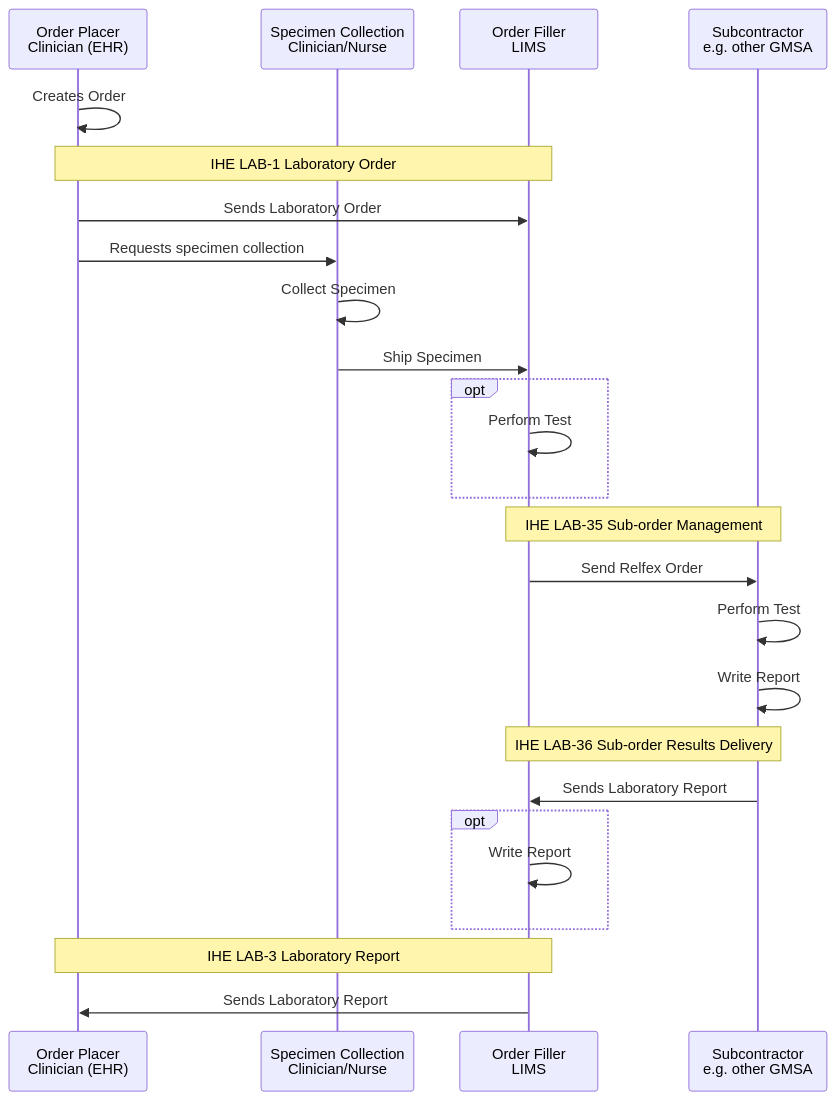
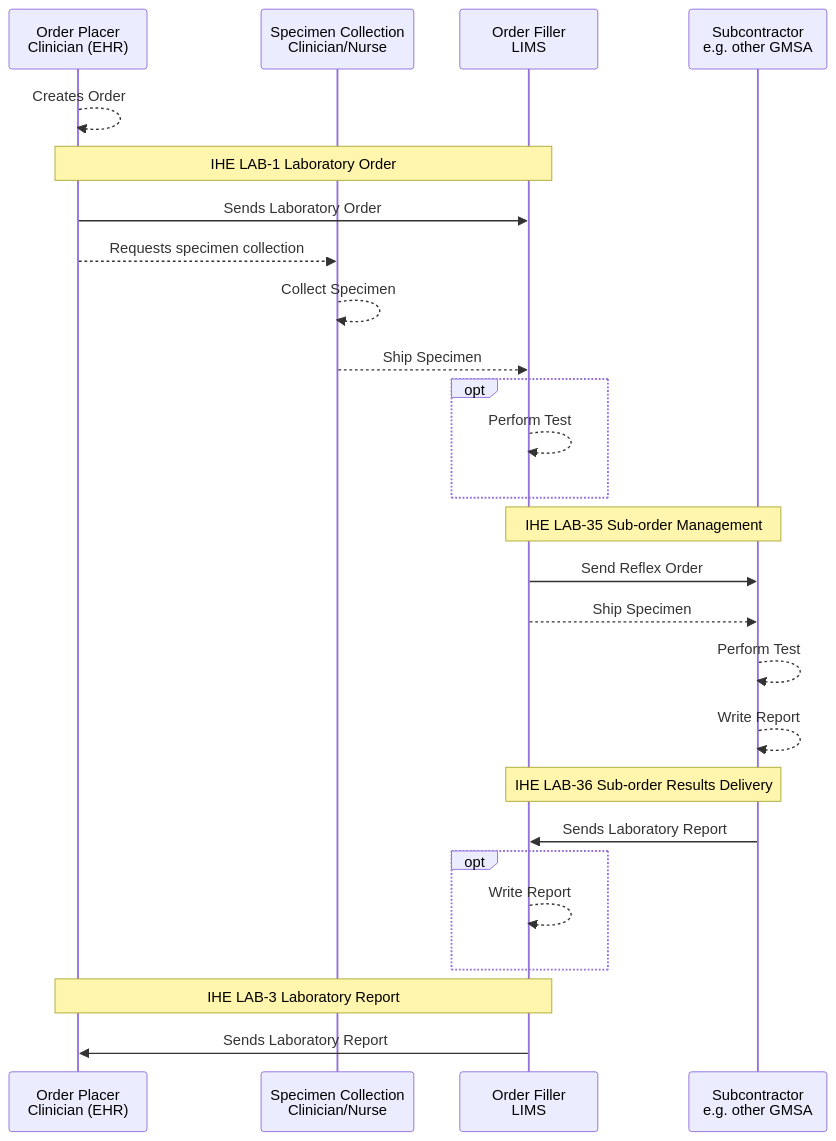
Before and after one commit to nw-gmsa/nw-gmsa.github.com: the first of 8 diagrams in input/pagecontent/ILW.md, drawn with Mermaid. The commit also changed 1 other file, not shown here.

Commit message:
ILW and TLW documentation

````diff
--- a/input/pagecontent/ILW.md
+++ b/input/pagecontent/ILW.md
@@ -28,28 +28,29 @@
 ```mermaid
 sequenceDiagram
     participant clinician as Order Placer<br/>Clinician (EHR)
     participant nurse as Specimen Collection<br/>Clinician/Nurse
     participant LIMS as Order Filler<br/>LIMS 
     participant Sub as Subcontractor<br/>e.g. other GMSA
 
-    clinician ->> clinician: Creates Order
+    clinician -->> clinician: Creates Order
     note over clinician,LIMS: IHE LAB-1 Laboratory Order
     clinician ->> LIMS: Sends Laboratory Order
-    clinician ->> nurse: Requests specimen collection
-    nurse ->> nurse: Collect Specimen
-    nurse ->> LIMS: Ship Specimen
+    clinician -->> nurse: Requests specimen collection
+    nurse -->> nurse: Collect Specimen
+    nurse -->> LIMS: Ship Specimen
     opt
-        LIMS->> LIMS : Perform Test
+        LIMS-->> LIMS : Perform Test
     end
     note over LIMS,Sub: IHE LAB-35 Sub-order Management
-    LIMS ->> Sub: Send Relfex Order
-    Sub ->> Sub : Perform Test
-    Sub ->> Sub: Write Report
+    LIMS ->> Sub: Send Reflex Order
+    LIMS -->> Sub: Ship Specimen
+    Sub -->> Sub : Perform Test
+    Sub -->> Sub: Write Report
     note over LIMS,Sub: IHE LAB-36 Sub-order Results Delivery
     Sub ->> LIMS: Sends Laboratory Report
     opt
-        LIMS ->> LIMS: Write Report
+        LIMS -->> LIMS: Write Report
     end
     note over clinician,LIMS: IHE LAB-3 Laboratory Report
     LIMS ->> clinician: Sends Laboratory Report
 ```
````
